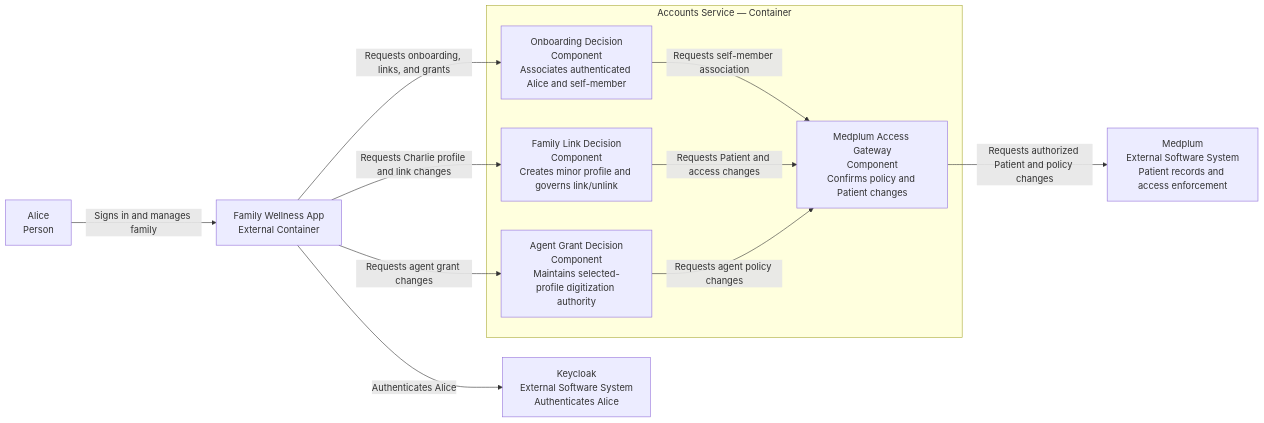
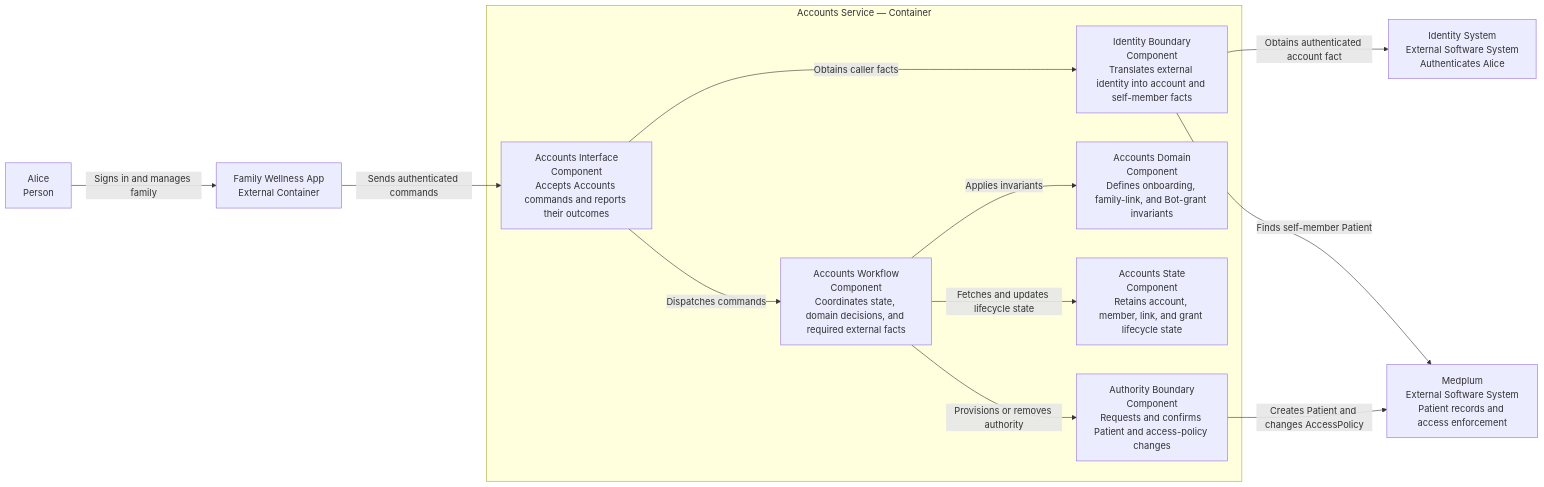
Before and after one commit to ragavsathish/medplum: the diagram in examples/medplum-health-tracking/dhf/documents/design/accounts.md, drawn with Mermaid. The commit also changed other lines of this file and 24 other files, not shown here.

Commit message:
refactor health tracking account acceptance flow

````diff
--- a/examples/medplum-health-tracking/dhf/documents/design/accounts.md
+++ b/examples/medplum-health-tracking/dhf/documents/design/accounts.md
@@ -76,24 +79,27 @@
 ```mermaid
 flowchart LR
     alice["Alice<br/>Person"]
     app["Family Wellness App<br/>External Container"]
-    keycloak["Keycloak<br/>External Software System<br/>Authenticates Alice"]
+    identitySystem["Identity System<br/>External Software System<br/>Authenticates Alice"]
     medplum["Medplum<br/>External Software System<br/>Patient records and access enforcement"]
 
     subgraph accounts["Accounts Service — Container"]
-        onboarding["Onboarding Decision<br/>Component<br/>Associates authenticated Alice and self-member"]
-        family["Family Link Decision<br/>Component<br/>Creates minor profile and governs link/unlink"]
-        grant["Agent Grant Decision<br/>Component<br/>Maintains selected-profile digitization authority"]
-        gateway["Medplum Access Gateway<br/>Component<br/>Confirms policy and Patient changes"]
+        api["Accounts Interface<br/>Component<br/>Accepts Accounts commands and reports their outcomes"]
+        workflow["Accounts Workflow<br/>Component<br/>Coordinates state, domain decisions, and required external facts"]
+        domain["Accounts Domain<br/>Component<br/>Defines onboarding, family-link, and Bot-grant invariants"]
+        state["Accounts State<br/>Component<br/>Retains account, member, link, and grant lifecycle state"]
+        identity["Identity Boundary<br/>Component<br/>Translates external identity into account and self-member facts"]
+        authority["Authority Boundary<br/>Component<br/>Requests and confirms Patient and access-policy changes"]
     end
 
     alice -->|"Signs in and manages family"| app
-    app -->|"Authenticates Alice"| keycloak
-    app -->|"Requests onboarding, links, and grants"| onboarding
-    app -->|"Requests Charlie profile and link changes"| family
-    app -->|"Requests agent grant changes"| grant
-    onboarding -->|"Requests self-member association"| gateway
-    family -->|"Requests Patient and access changes"| gateway
-    grant -->|"Requests agent policy changes"| gateway
-    gateway -->|"Requests authorized Patient and policy changes"| medplum
+    app -->|"Sends authenticated commands"| api
+    api -->|"Obtains caller facts"| identity
+    api -->|"Dispatches commands"| workflow
+    workflow -->|"Applies invariants"| domain
+    workflow -->|"Fetches and updates lifecycle state"| state
+    workflow -->|"Provisions or removes authority"| authority
+    identity -->|"Obtains authenticated account fact"| identitySystem
+    identity -->|"Finds self-member Patient"| medplum
+    authority -->|"Creates Patient and changes AccessPolicy"| medplum
 ```
````
